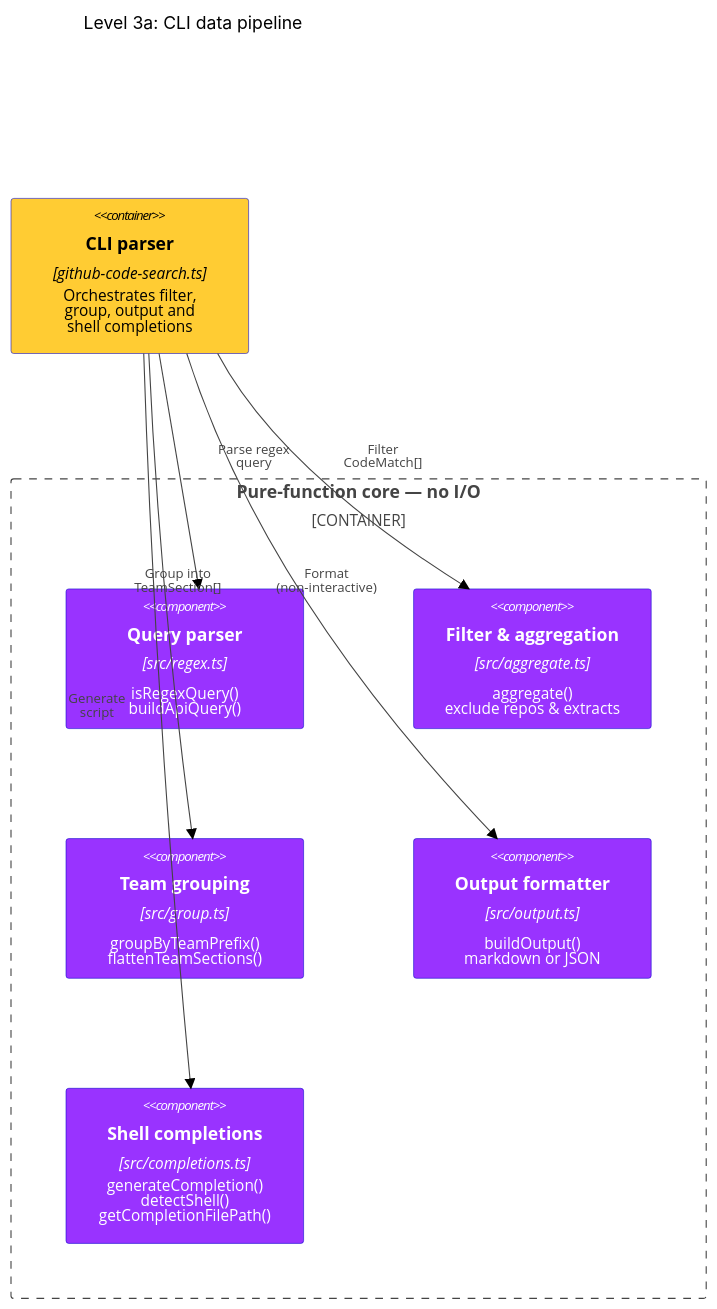
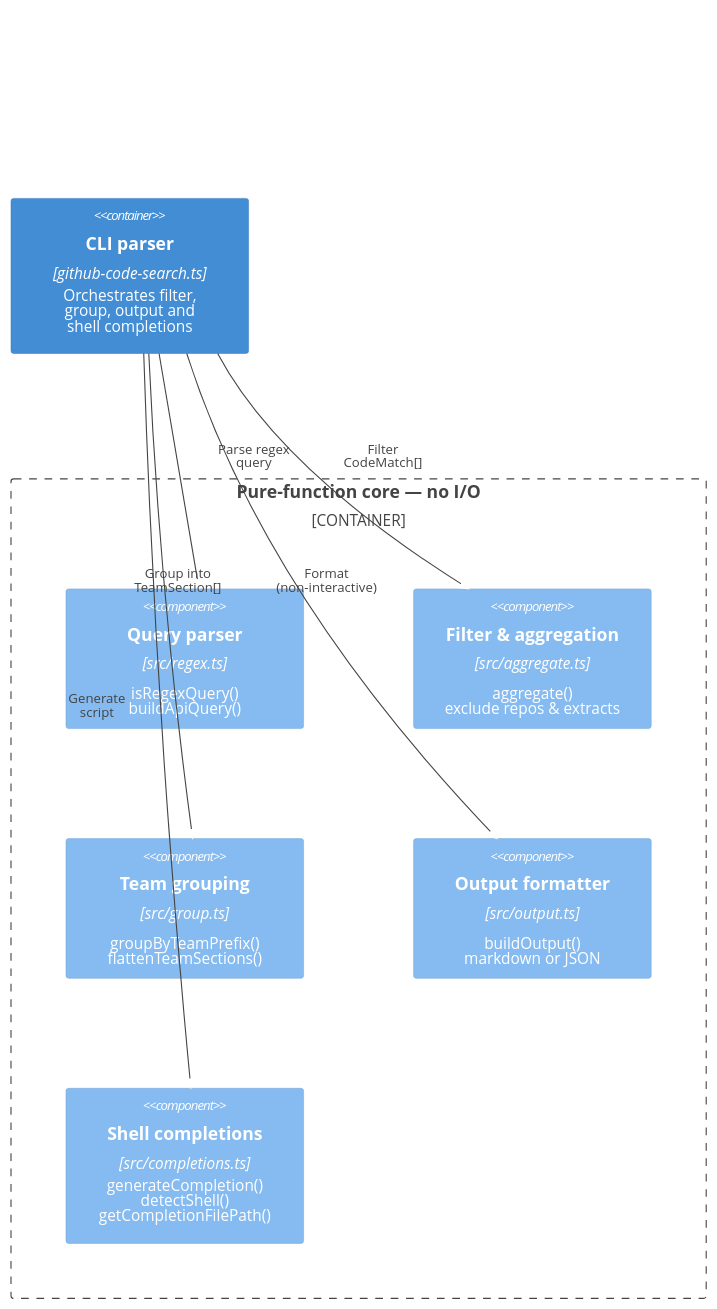
The first of 2 diagrams in docs/architecture/components.md (fulll/github-code-search), drawn with Mermaid before and after one commit. The commit also changed other lines of this file and 3 other files, not shown here.

Commit message:
Correct TextMatchSegment.line docs, add shellQuote helper, remove UpdateElementStyle hex

````diff
--- a/docs/architecture/components.md
+++ b/docs/architecture/components.md
@@ -12,42 +12,33 @@
 ```mermaid
-%%{init: {"theme": "base", "themeVariables": {"fontFamily": "Poppins, Aestetico, Arial, sans-serif", "primaryColor": "#66CCFF", "primaryTextColor": "#000000", "lineColor": "#0000CC", "tertiaryColor": "#FFCC33"}, "themeCSS": ".label,.nodeLabel,.cluster-label > span{font-family:Poppins,Arial,sans-serif;letter-spacing:.2px} .cluster-label > span{font-weight:600;font-size:13px} .edgePath .path{stroke-width:2px}"}}%%
+%%{init: {"theme": "base", "themeVariables": {"fontFamily": "Poppins, Aestetico, Arial, sans-serif", "primaryColor": "#9933FF", "primaryTextColor": "#ffffff", "lineColor": "#0000CC", "tertiaryColor": "#FFCC33"}, "themeCSS": ".label,.nodeLabel,.cluster-label > span{font-family:Poppins,Arial,sans-serif;letter-spacing:.2px} .cluster-label > span{font-weight:600;font-size:13px} .edgePath .path{stroke-width:2px}"}}%%
 C4Component
   title Level 3a: CLI data pipeline
 
   UpdateLayoutConfig($c4ShapeInRow="5", $c4BoundaryInRow="1")
 
   Container(cli, "CLI parser", "github-code-search.ts", "Orchestrates filter,<br/>group, output and<br/>shell completions")
 
   Container_Boundary(core, "Pure-function core — no I/O") {
     Component(regexParser, "Query parser", "src/regex.ts", "isRegexQuery()<br/>buildApiQuery()")
     Component(aggregate, "Filter & aggregation", "src/aggregate.ts", "aggregate()<br/>exclude repos & extracts")
     Component(group, "Team grouping", "src/group.ts", "groupByTeamPrefix()<br/>flattenTeamSections()")
     Component(outputFn, "Output formatter", "src/output.ts", "buildOutput()<br/>markdown or JSON")
     Component(completions, "Shell completions", "src/completions.ts", "generateCompletion()<br/>detectShell()<br/>getCompletionFilePath()")
   }
 
   Rel(cli, regexParser, "Parse regex<br/>query")
   UpdateRelStyle(cli, regexParser, $offsetX="35", $offsetY="-17")
 
   Rel(cli, aggregate, "Filter<br/>CodeMatch[]")
   UpdateRelStyle(cli, aggregate, $offsetX="0", $offsetY="-17")
 
   Rel(cli, group, "Group into<br/>TeamSection[]")
   UpdateRelStyle(cli, group, $offsetX="-33", $offsetY="-17")
 
   Rel(cli, outputFn, "Format<br/>(non-interactive)")
   UpdateRelStyle(cli, outputFn, $offsetX="-60", $offsetY="-17")
 
   Rel(cli, completions, "Generate<br/>script")
   UpdateRelStyle(cli, completions, $offsetX="-90", $offsetY="-17")
 
-  %% Colour palette — consistent with containers.md.
-  %% Mermaid C4 UpdateElementStyle only accepts literal hex values (CSS variables are not supported).
-  %% #FFCC33 = CLI / orchestration layer   #9933FF = pure-function core   #0000CC = border/line
-  UpdateElementStyle(cli, $bgColor="#FFCC33", $borderColor="#0000CC", $fontColor="#000000")
-  UpdateElementStyle(regexParser, $bgColor="#9933FF", $borderColor="#0000CC", $fontColor="#ffffff")
-  UpdateElementStyle(aggregate, $bgColor="#9933FF", $borderColor="#0000CC", $fontColor="#ffffff")
-  UpdateElementStyle(group, $bgColor="#9933FF", $borderColor="#0000CC", $fontColor="#ffffff")
-  UpdateElementStyle(outputFn, $bgColor="#9933FF", $borderColor="#0000CC", $fontColor="#ffffff")
-  UpdateElementStyle(completions, $bgColor="#9933FF", $borderColor="#0000CC", $fontColor="#ffffff")
 ```
````
